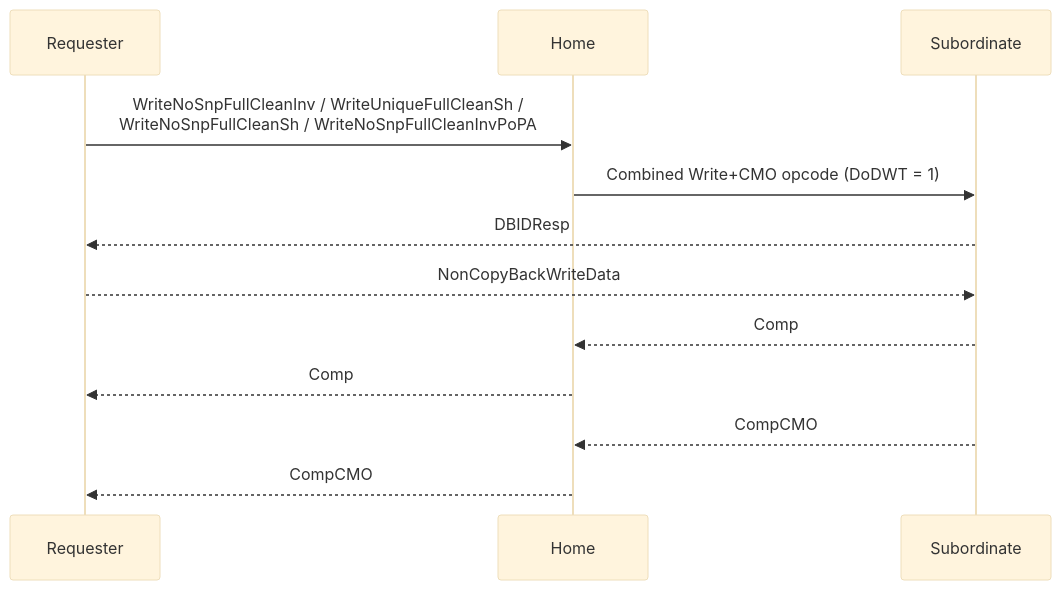
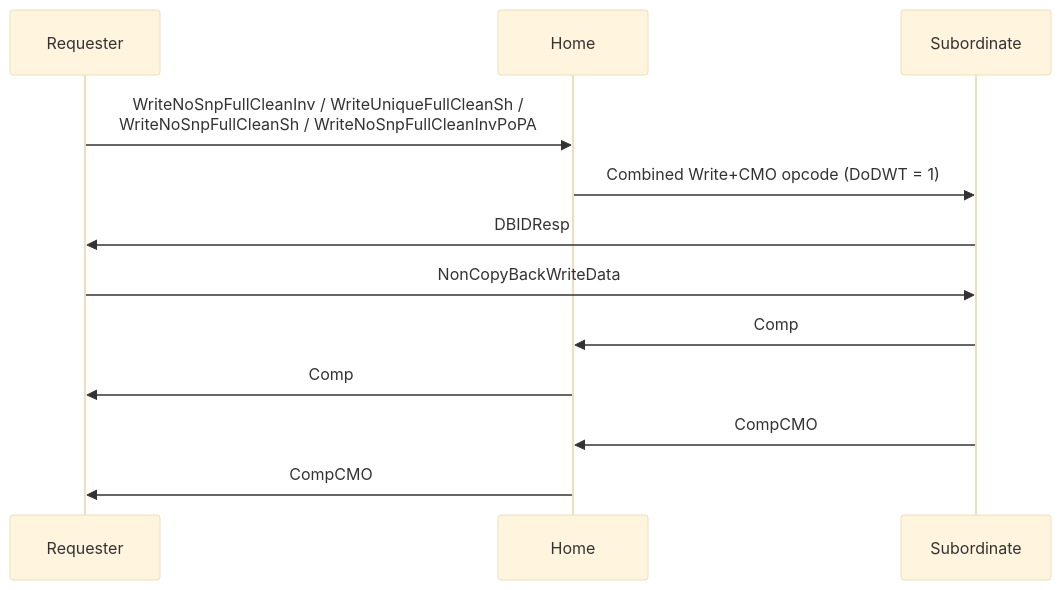
One commit to ripopov/gem5 changed the seventh of 14 diagrams in ruby-book/slides/CHI_Protocol_Deck.md. Above: the diagram before and after it, drawn with Mermaid (base theme). The commit also changed other lines of this file and 12 other files, not shown here.

Commit message:
ruby: use solid arrows in CHI practice diagrams

````diff
--- a/ruby-book/slides/CHI_Protocol_Deck.md
+++ b/ruby-book/slides/CHI_Protocol_Deck.md
@@ -1180,15 +1180,15 @@
 ```mermaid
 sequenceDiagram
     participant R as Requester
     participant H as Home
     participant S as Subordinate
 
     R->>H: WriteNoSnpFullCleanInv / WriteUniqueFullCleanSh /<br/>WriteNoSnpFullCleanSh / WriteNoSnpFullCleanInvPoPA
     H->>S: Combined Write+CMO opcode (DoDWT = 1)
-    S-->>R: DBIDResp
-    R-->>S: NonCopyBackWriteData
-    S-->>H: Comp
-    H-->>R: Comp
-    S-->>H: CompCMO
-    H-->>R: CompCMO
+    S->>R: DBIDResp
+    R->>S: NonCopyBackWriteData
+    S->>H: Comp
+    H->>R: Comp
+    S->>H: CompCMO
+    H->>R: CompCMO
 ```
````
